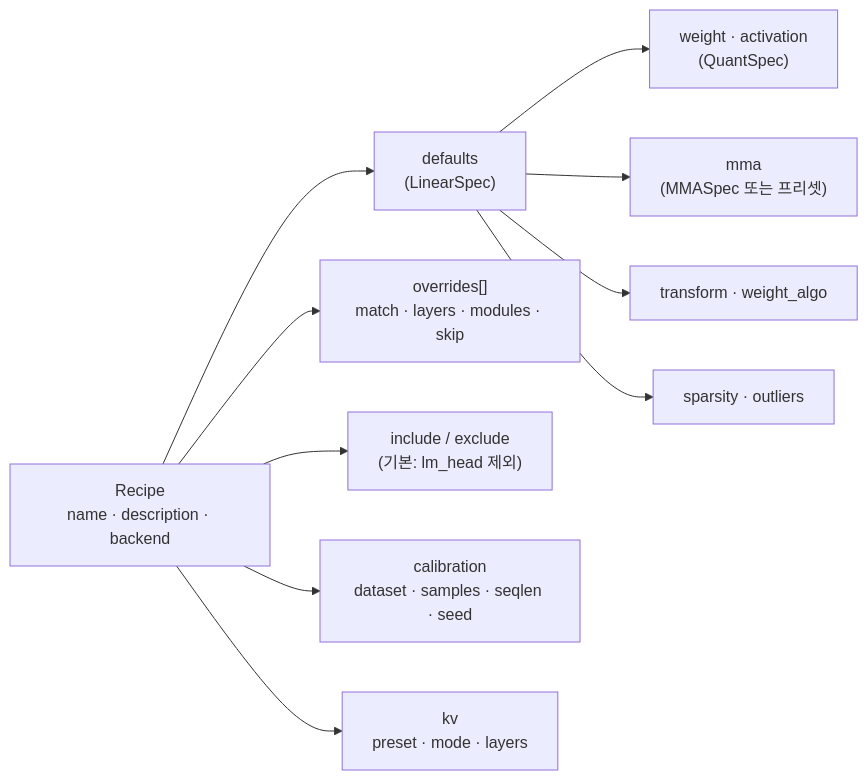
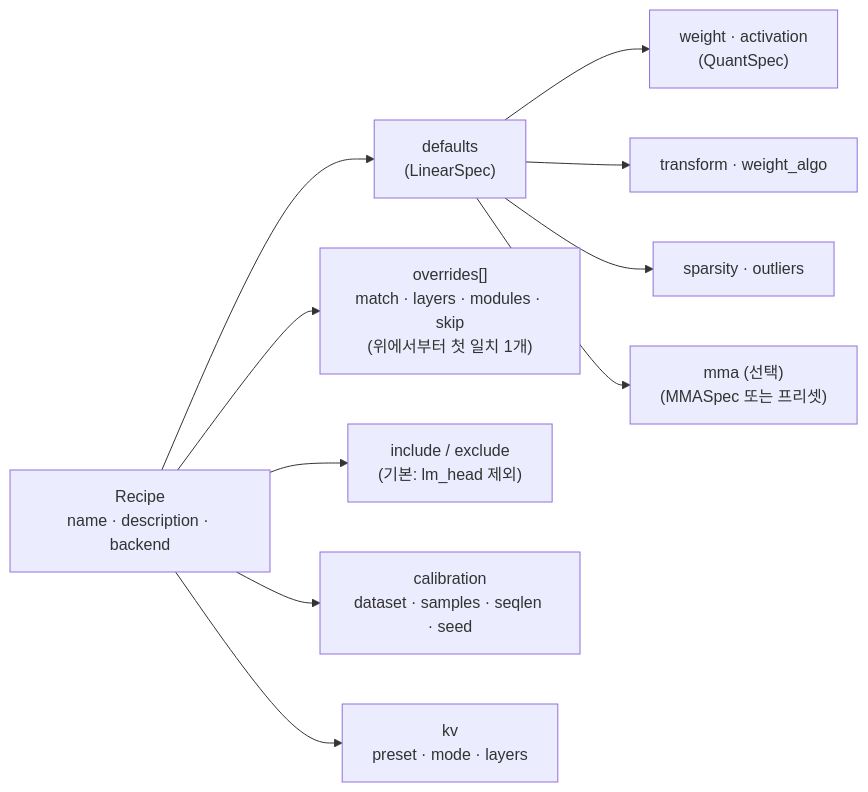
The third of 6 diagrams in docs/SPEC.md (Youngmin17/TriCast), drawn with Mermaid before and after one commit. The commit also changed other lines of this file and 7 other files, not shown here.

````diff
--- a/docs/SPEC.md
+++ b/docs/SPEC.md
@@ -177,12 +202,12 @@
 ```mermaid
 flowchart LR
     Rcp["Recipe<br/>name · description · backend"] --> D["defaults<br/>(LinearSpec)"]
-    Rcp --> OV["overrides[]<br/>match · layers · modules · skip"]
+    Rcp --> OV["overrides[]<br/>match · layers · modules · skip<br/>(위에서부터 첫 일치 1개)"]
     Rcp --> IE["include / exclude<br/>(기본: lm_head 제외)"]
     Rcp --> CAL["calibration<br/>dataset · samples · seqlen · seed"]
     Rcp --> KV["kv<br/>preset · mode · layers"]
     D --> Wt["weight · activation<br/>(QuantSpec)"]
-    D --> MM["mma<br/>(MMASpec 또는 프리셋)"]
     D --> TR["transform · weight_algo"]
     D --> SP["sparsity · outliers"]
+    D --> MM["mma (선택)<br/>(MMASpec 또는 프리셋)"]
 ```
````
